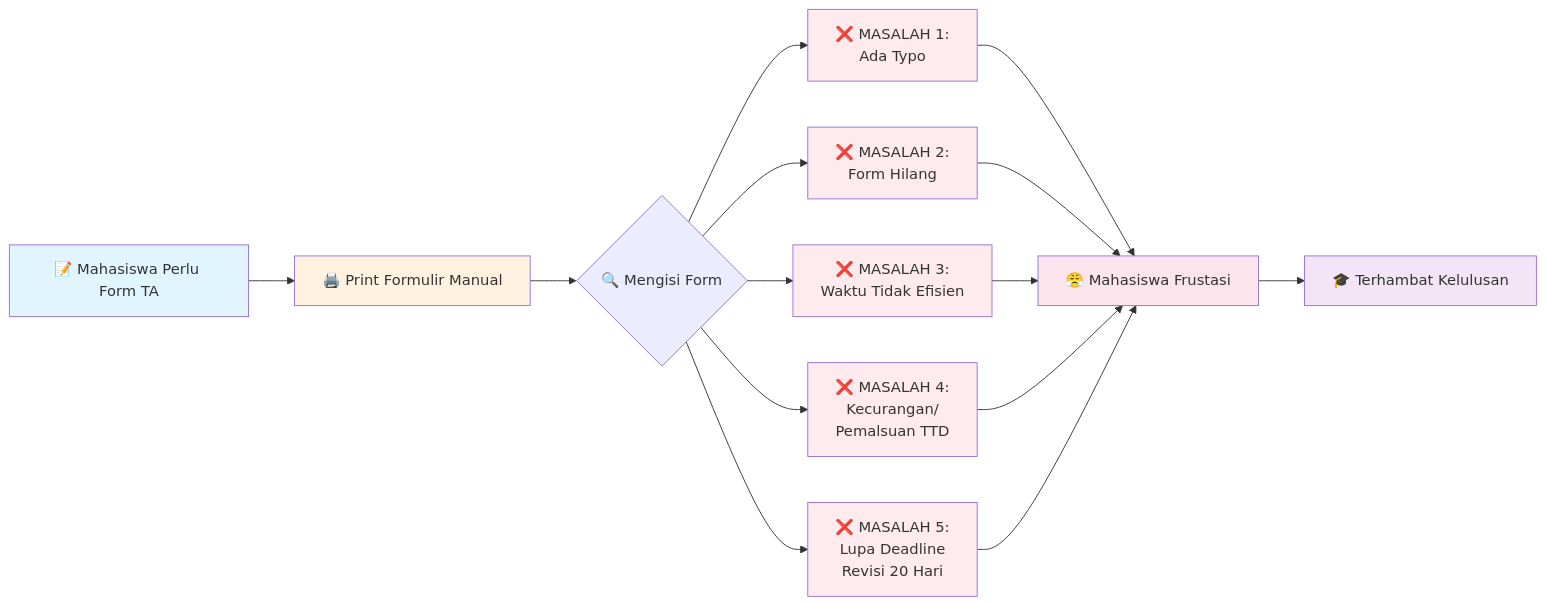
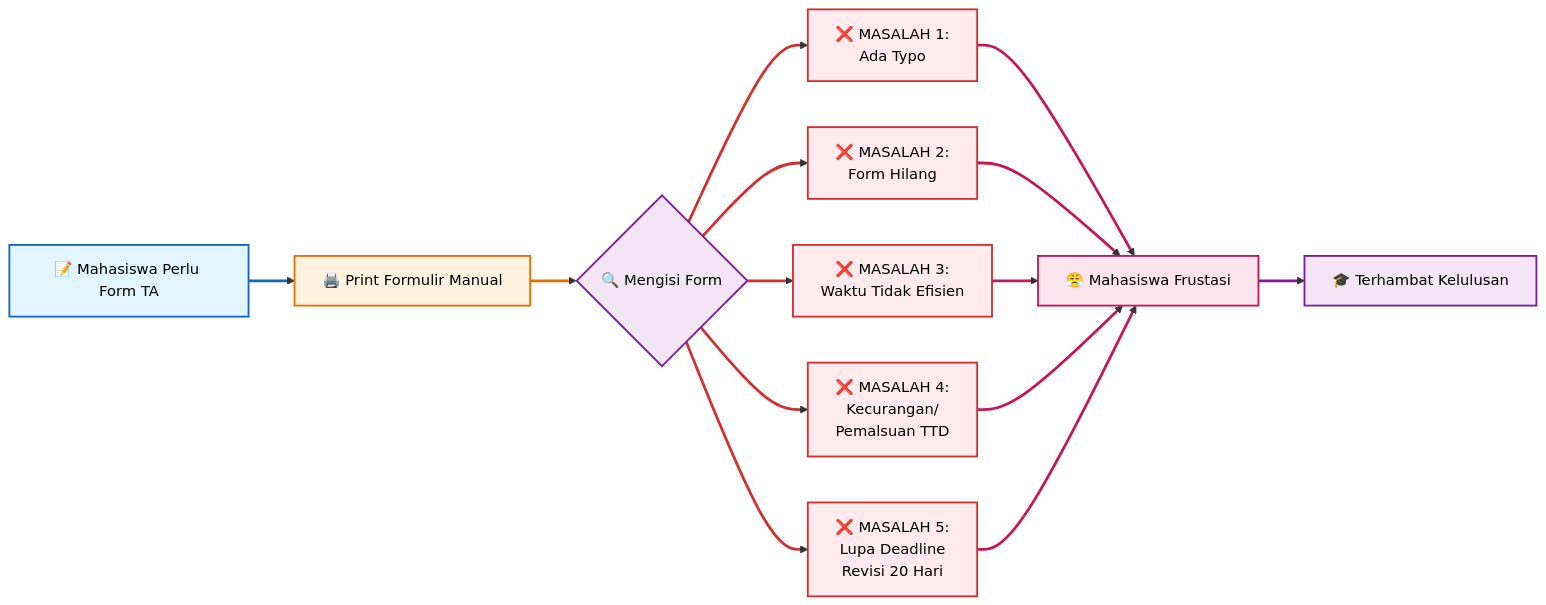
The first of 2 diagrams in SIMTA/presentation.md (aidilsaputrakirsan/mata-kuliah-slides), drawn with Mermaid before and after one commit. The commit also changed other lines of this file and 1 other file, not shown here.

````diff
--- a/SIMTA/presentation.md
+++ b/SIMTA/presentation.md
@@ -16,29 +21,45 @@
 ```mermaid {theme: 'base', scale: 0.5}
 flowchart LR
    A[📝 Mahasiswa Perlu Form TA] --> B[🖨️ Print Formulir Manual]
    B --> C{🔍 Mengisi Form}
    
    C --> D[❌ MASALAH 1:<br/>Ada Typo]
    C --> E[❌ MASALAH 2:<br/>Form Hilang]
    C --> F[❌ MASALAH 3:<br/>Waktu Tidak Efisien]
    C --> I[❌ MASALAH 4:<br/>Kecurangan/<br/>Pemalsuan TTD]
    C --> J[❌ MASALAH 5:<br/>Lupa Deadline<br/>Revisi 20 Hari]
    
    D --> G[😤 Mahasiswa Frustasi]
    E --> G
    F --> G
    I --> G
    J --> G
    
    G --> H[🎓 Terhambat Kelulusan]
    
-   style A fill:#e1f5fe
-   style B fill:#fff3e0
-   style D fill:#ffebee
-   style E fill:#ffebee
-   style F fill:#ffebee
-   style I fill:#ffebee
-   style J fill:#ffebee
-   style G fill:#fce4ec
-   style H fill:#f3e5f5
+ style A fill:#e1f5fe,stroke:#1565c0,stroke-width:2px,color:#000
+   style B fill:#fff3e0,stroke:#ef6c00,stroke-width:2px,color:#000
+   style C fill:#f3e5f5,stroke:#7b1fa2,stroke-width:2px,color:#000
+   style D fill:#ffebee,stroke:#d32f2f,stroke-width:2px,color:#000
+   style E fill:#ffebee,stroke:#d32f2f,stroke-width:2px,color:#000
+   style F fill:#ffebee,stroke:#d32f2f,stroke-width:2px,color:#000
+   style I fill:#ffebee,stroke:#d32f2f,stroke-width:2px,color:#000
+   style J fill:#ffebee,stroke:#d32f2f,stroke-width:2px,color:#000
+   style G fill:#fce4ec,stroke:#c2185b,stroke-width:2px,color:#000
+   style H fill:#f3e5f5,stroke:#7b1fa2,stroke-width:2px,color:#000
+   
+   linkStyle default stroke:#333,stroke-width:3px
+   linkStyle 0 stroke:#1565c0,stroke-width:3px
+   linkStyle 1 stroke:#ef6c00,stroke-width:3px
+   linkStyle 2 stroke:#d32f2f,stroke-width:3px
+   linkStyle 3 stroke:#d32f2f,stroke-width:3px
+   linkStyle 4 stroke:#d32f2f,stroke-width:3px
+   linkStyle 5 stroke:#d32f2f,stroke-width:3px
+   linkStyle 6 stroke:#d32f2f,stroke-width:3px
+   linkStyle 7 stroke:#c2185b,stroke-width:3px
+   linkStyle 8 stroke:#c2185b,stroke-width:3px
+   linkStyle 9 stroke:#c2185b,stroke-width:3px
+   linkStyle 10 stroke:#c2185b,stroke-width:3px
+   linkStyle 11 stroke:#c2185b,stroke-width:3px
+   linkStyle 12 stroke:#7b1fa2,stroke-width:3px
 ```
````
